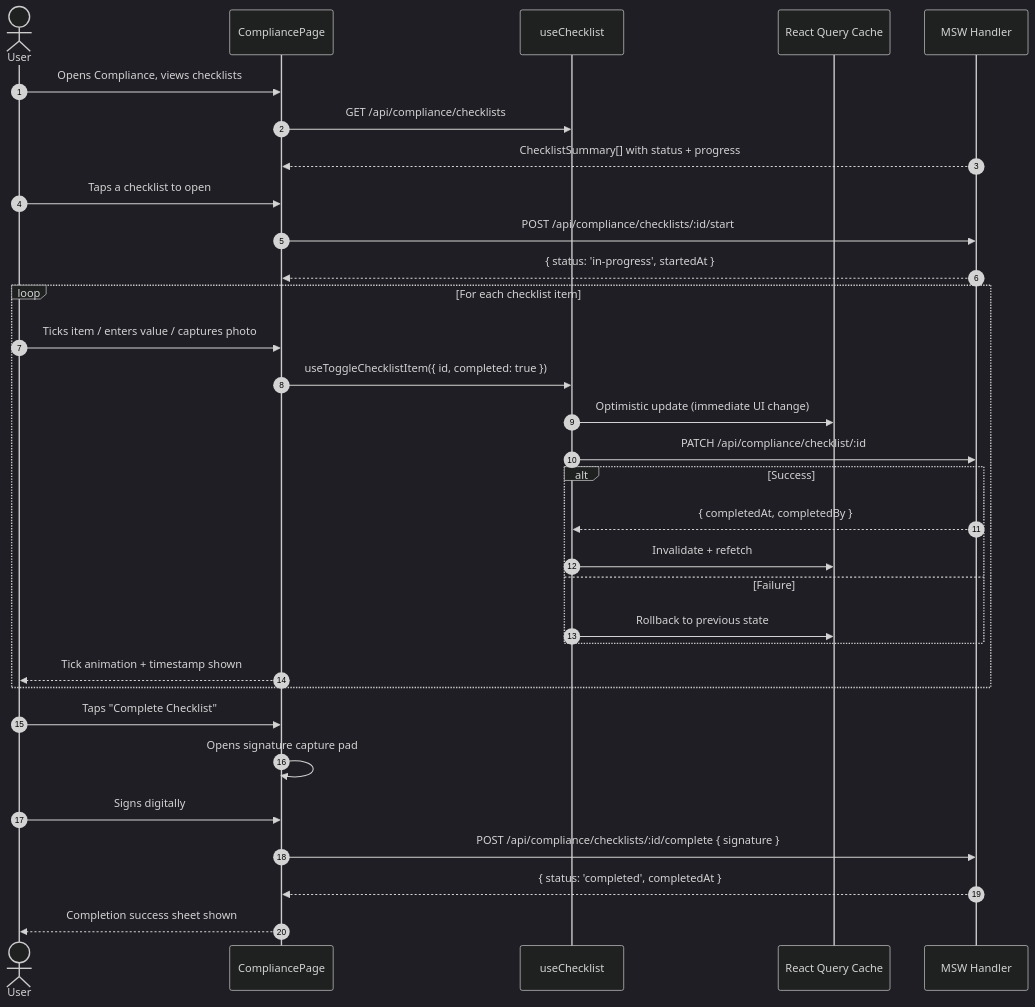
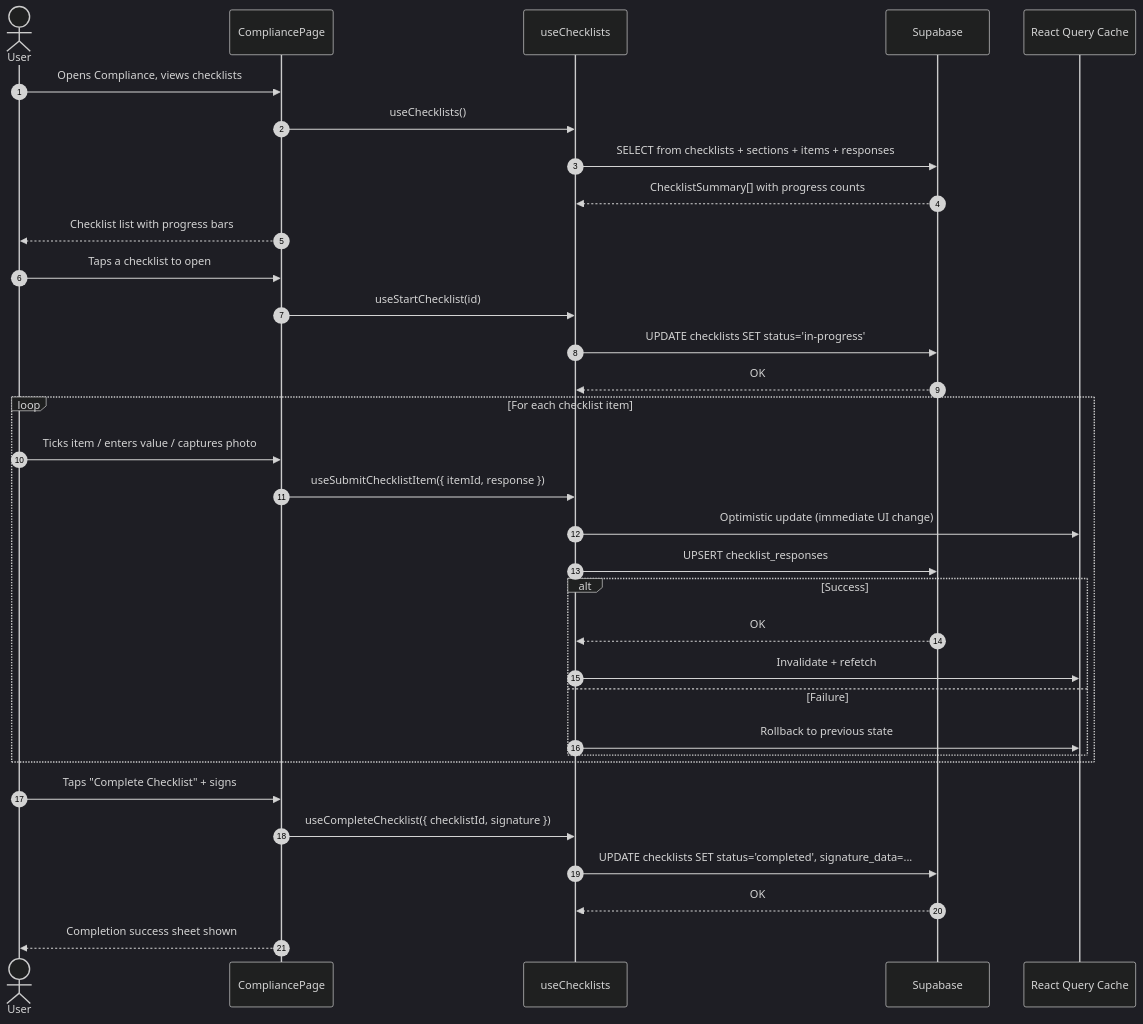
The fourth of 4 diagrams in docs/architecture.md (pkjohal/primark_pulse_poc), drawn with Mermaid (dark theme) before and after one commit. The commit also changed other lines of this file and 5 other files, not shown here.

````diff
--- a/docs/architecture.md
+++ b/docs/architecture.md
@@ -203,38 +203,39 @@
 ```mermaid
 sequenceDiagram
   autonumber
   actor User
   participant UI as CompliancePage
-  participant Hook as useChecklist
+  participant Hooks as useChecklists
+  participant SB as Supabase
   participant Cache as React Query Cache
-  participant MSW as MSW Handler
 
   User->>UI: Opens Compliance, views checklists
-  UI->>Hook: GET /api/compliance/checklists
-  MSW-->>UI: ChecklistSummary[] with status + progress
+  UI->>Hooks: useChecklists()
+  Hooks->>SB: SELECT from checklists + sections + items + responses
+  SB-->>Hooks: ChecklistSummary[] with progress counts
+  UI-->>User: Checklist list with progress bars
 
   User->>UI: Taps a checklist to open
-  UI->>MSW: POST /api/compliance/checklists/:id/start
-  MSW-->>UI: { status: 'in-progress', startedAt }
+  UI->>Hooks: useStartChecklist(id)
+  Hooks->>SB: UPDATE checklists SET status='in-progress'
+  SB-->>Hooks: OK
 
   loop For each checklist item
     User->>UI: Ticks item / enters value / captures photo
-    UI->>Hook: useToggleChecklistItem({ id, completed: true })
-    Hook->>Cache: Optimistic update (immediate UI change)
-    Hook->>MSW: PATCH /api/compliance/checklist/:id
+    UI->>Hooks: useSubmitChecklistItem({ itemId, response })
+    Hooks->>Cache: Optimistic update (immediate UI change)
+    Hooks->>SB: UPSERT checklist_responses
     alt Success
-      MSW-->>Hook: { completedAt, completedBy }
-      Hook->>Cache: Invalidate + refetch
+      SB-->>Hooks: OK
+      Hooks->>Cache: Invalidate + refetch
     else Failure
-      Hook->>Cache: Rollback to previous state
+      Hooks->>Cache: Rollback to previous state
     end
-    UI-->>User: Tick animation + timestamp shown
   end
 
-  User->>UI: Taps "Complete Checklist"
-  UI->>UI: Opens signature capture pad
-  User->>UI: Signs digitally
-  UI->>MSW: POST /api/compliance/checklists/:id/complete { signature }
-  MSW-->>UI: { status: 'completed', completedAt }
+  User->>UI: Taps "Complete Checklist" + signs
+  UI->>Hooks: useCompleteChecklist({ checklistId, signature })
+  Hooks->>SB: UPDATE checklists SET status='completed', signature_data=...
+  SB-->>Hooks: OK
   UI-->>User: Completion success sheet shown
 ```
````
